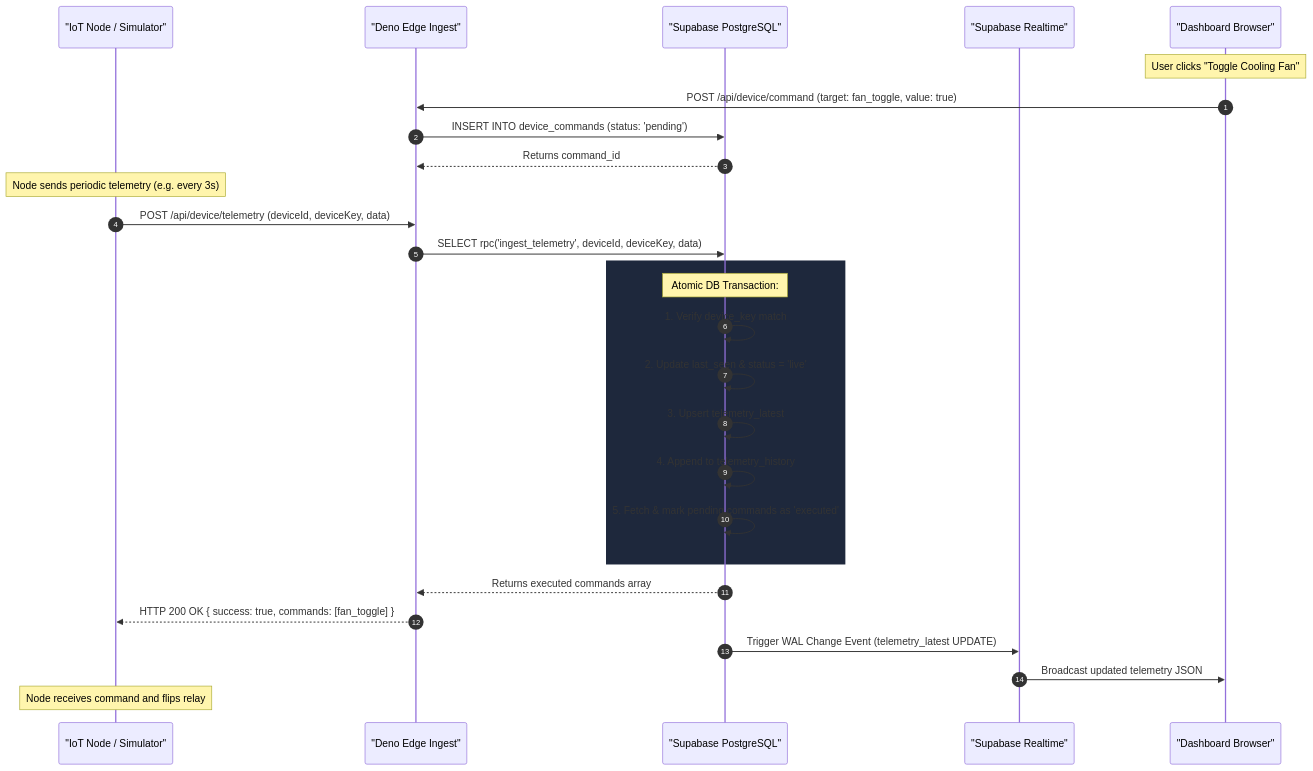
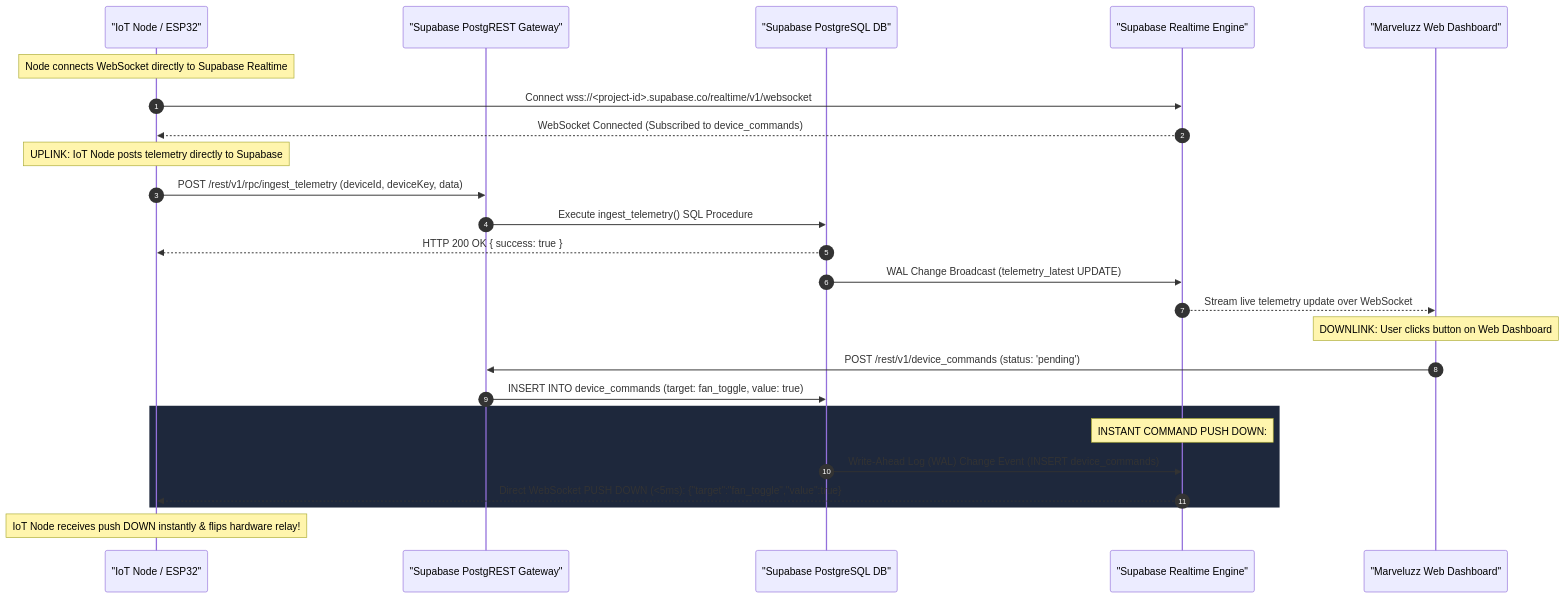
Before and after one commit to psytrap/marveluzz-hub: the fourth of 6 diagrams in spec.md, drawn with Mermaid. The commit also changed other lines of this file and 4 other files, not shown here.

````diff
--- a/spec.md
+++ b/spec.md
@@ -95,35 +177,32 @@
 ```mermaid
 sequenceDiagram
     autonumber
-    participant Node as "IoT Node / Simulator"
-    participant Edge as "Deno Edge Ingest"
-    participant DB as "Supabase PostgreSQL"
-    participant Realtime as "Supabase Realtime"
-    participant UI as "Dashboard Browser"
+    participant Node as "IoT Node / ESP32"
+    participant PostgREST as "Supabase PostgREST Gateway"
+    participant DB as "Supabase PostgreSQL DB"
+    participant Realtime as "Supabase Realtime Engine"
+    participant Dashboard as "Marveluzz Web Dashboard"
 
-    Note over UI: User clicks "Toggle Cooling Fan"
-    UI->>Edge: POST /api/device/command (target: fan_toggle, value: true)
-    Edge->>DB: INSERT INTO device_commands (status: 'pending')
-    DB-->>Edge: Returns command_id
+    Note over Node: Node connects WebSocket directly to Supabase Realtime
+    Node->>Realtime: Connect wss://<project-id>.supabase.co/realtime/v1/websocket
+    Realtime-->>Node: WebSocket Connected (Subscribed to device_commands)
 
-    Note over Node: Node sends periodic telemetry (e.g. every 3s)
-    Node->>Edge: POST /api/device/telemetry (deviceId, deviceKey, data)
-    Edge->>DB: SELECT rpc('ingest_telemetry', deviceId, deviceKey, data)
+    Note over Node: UPLINK: IoT Node posts telemetry directly to Supabase
+    Node->>PostgREST: POST /rest/v1/rpc/ingest_telemetry (deviceId, deviceKey, data)
+    PostgREST->>DB: Execute ingest_telemetry() SQL Procedure
+    DB-->>Node: HTTP 200 OK { success: true }
+    DB->>Realtime: WAL Change Broadcast (telemetry_latest UPDATE)
+    Realtime-->>Dashboard: Stream live telemetry update over WebSocket
+
+    Note over Dashboard: DOWNLINK: User clicks button on Web Dashboard
+    Dashboard->>PostgREST: POST /rest/v1/device_commands (status: 'pending')
+    PostgREST->>DB: INSERT INTO device_commands (target: fan_toggle, value: true)
     
     rect rgb(30, 40, 60)
-        Note over DB: Atomic DB Transaction:
-        DB->>DB: 1. Verify device_key match
-        DB->>DB: 2. Update last_seen & status = 'live'
-        DB->>DB: 3. Upsert telemetry_latest
-        DB->>DB: 4. Append to telemetry_history
-        DB->>DB: 5. Fetch & mark pending commands as 'executed'
+        Note over Realtime: INSTANT COMMAND PUSH DOWN:
+        DB->>Realtime: Write-Ahead Log (WAL) Change Event (INSERT device_commands)
+        Realtime-->>Node: Direct WebSocket PUSH DOWN (<5ms): {"target":"fan_toggle","value":true}
     end
 
-    DB-->>Edge: Returns executed commands array
-    Edge-->>Node: HTTP 200 OK { success: true, commands: [fan_toggle] }
-    
-    DB->>Realtime: Trigger WAL Change Event (telemetry_latest UPDATE)
-    Realtime->>UI: Broadcast updated telemetry JSON
-    
-    Note over Node: Node receives command and flips relay
+    Note over Node: IoT Node receives push DOWN instantly & flips hardware relay!
 ```
````
